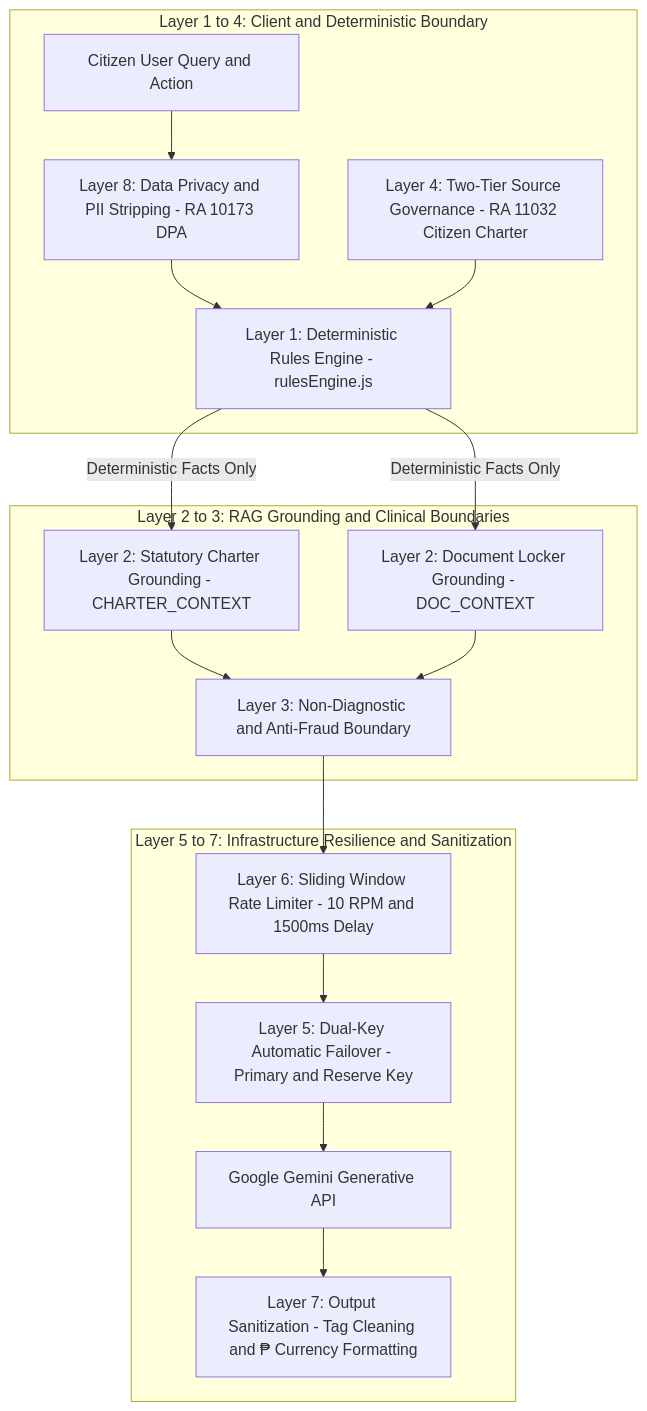
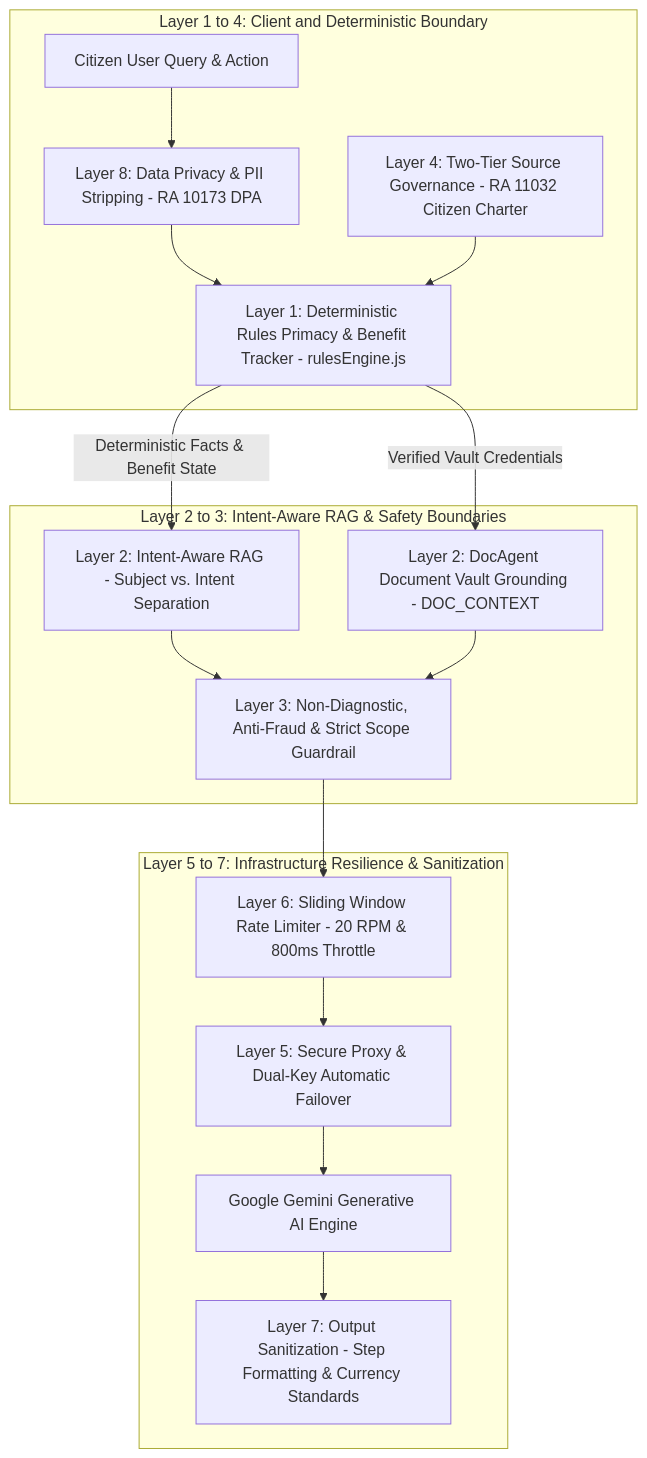
The first of 2 diagrams in AI_GUARDRAILS.md (AdonesMapula/Alalalalalalalay), drawn with Mermaid before and after one commit. The commit also changed other lines of this file and 7 other files, not shown here.

````diff
--- a/AI_GUARDRAILS.md
+++ b/AI_GUARDRAILS.md
@@ -17,32 +17,32 @@
 ```mermaid
 graph TD
     subgraph ClientDeterministic ["Layer 1 to 4: Client and Deterministic Boundary"]
-        USER["Citizen User Query and Action"]
-        PRIVACY["Layer 8: Data Privacy and PII Stripping - RA 10173 DPA"]
-        RULES["Layer 1: Deterministic Rules Engine - rulesEngine.js"]
+        USER["Citizen User Query & Action"]
+        PRIVACY["Layer 8: Data Privacy & PII Stripping - RA 10173 DPA"]
+        RULES["Layer 1: Deterministic Rules Primacy & Benefit Tracker - rulesEngine.js"]
         TIER_A["Layer 4: Two-Tier Source Governance - RA 11032 Citizen Charter"]
     end
 
-    subgraph RAGGrounding ["Layer 2 to 3: RAG Grounding and Clinical Boundaries"]
-        RAG_CHARTER["Layer 2: Statutory Charter Grounding - CHARTER_CONTEXT"]
-        RAG_LOCKER["Layer 2: Document Locker Grounding - DOC_CONTEXT"]
-        CLINICAL_GUARD["Layer 3: Non-Diagnostic and Anti-Fraud Boundary"]
+    subgraph RAGGrounding ["Layer 2 to 3: Intent-Aware RAG & Safety Boundaries"]
+        RAG_INTENT["Layer 2: Intent-Aware RAG - Subject vs. Intent Separation"]
+        RAG_LOCKER["Layer 2: DocAgent Document Vault Grounding - DOC_CONTEXT"]
+        CLINICAL_GUARD["Layer 3: Non-Diagnostic, Anti-Fraud & Strict Scope Guardrail"]
     end
 
-    subgraph InfraResilience ["Layer 5 to 7: Infrastructure Resilience and Sanitization"]
-        RATE_LIMIT["Layer 6: Sliding Window Rate Limiter - 10 RPM and 1500ms Delay"]
-        FAILOVER["Layer 5: Dual-Key Automatic Failover - Primary and Reserve Key"]
-        OUTPUT_CLEAN["Layer 7: Output Sanitization - Tag Cleaning and ₱ Currency Formatting"]
-        GEMINI["Google Gemini Generative API"]
+    subgraph InfraResilience ["Layer 5 to 7: Infrastructure Resilience & Sanitization"]
+        RATE_LIMIT["Layer 6: Sliding Window Rate Limiter - 20 RPM & 800ms Throttle"]
+        FAILOVER["Layer 5: Secure Proxy & Dual-Key Automatic Failover"]
+        OUTPUT_CLEAN["Layer 7: Output Sanitization - Step Formatting & Currency Standards"]
+        GEMINI["Google Gemini Generative AI Engine"]
     end
 
     USER --> PRIVACY
     PRIVACY --> RULES
     TIER_A --> RULES
-    RULES -->|Deterministic Facts Only| RAG_CHARTER
-    RULES -->|Deterministic Facts Only| RAG_LOCKER
-    RAG_CHARTER --> CLINICAL_GUARD
+    RULES -->|Deterministic Facts & Benefit State| RAG_INTENT
+    RULES -->|Verified Vault Credentials| RAG_LOCKER
+    RAG_INTENT --> CLINICAL_GUARD
     RAG_LOCKER --> CLINICAL_GUARD
     CLINICAL_GUARD --> RATE_LIMIT
     RATE_LIMIT --> FAILOVER --> GEMINI --> OUTPUT_CLEAN
 ```
````
